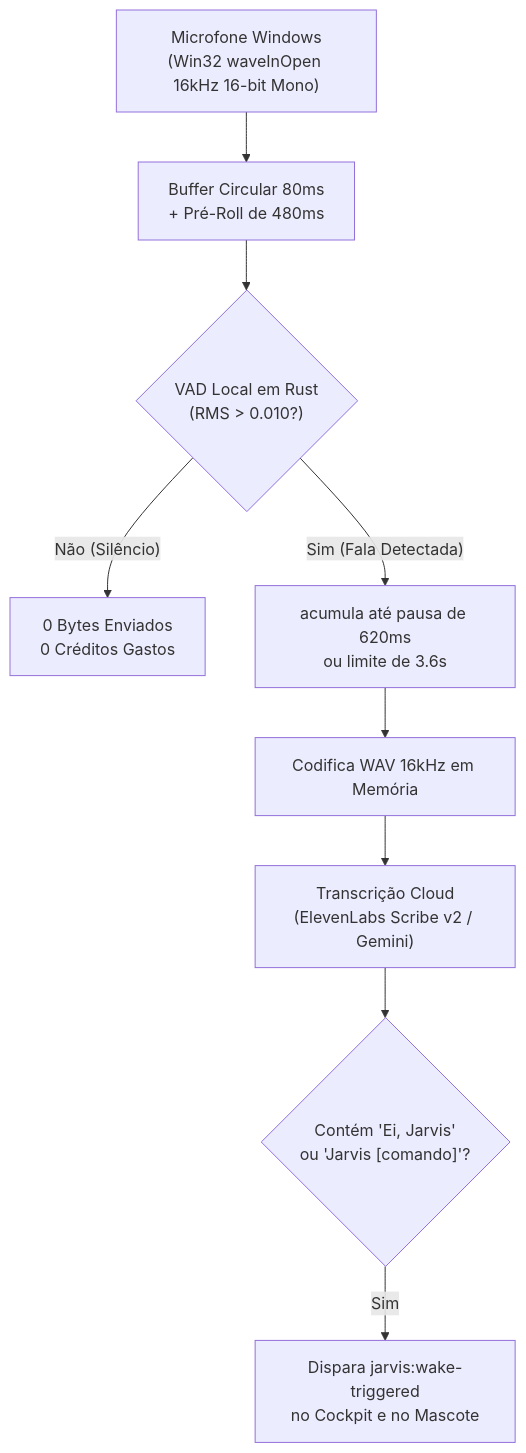
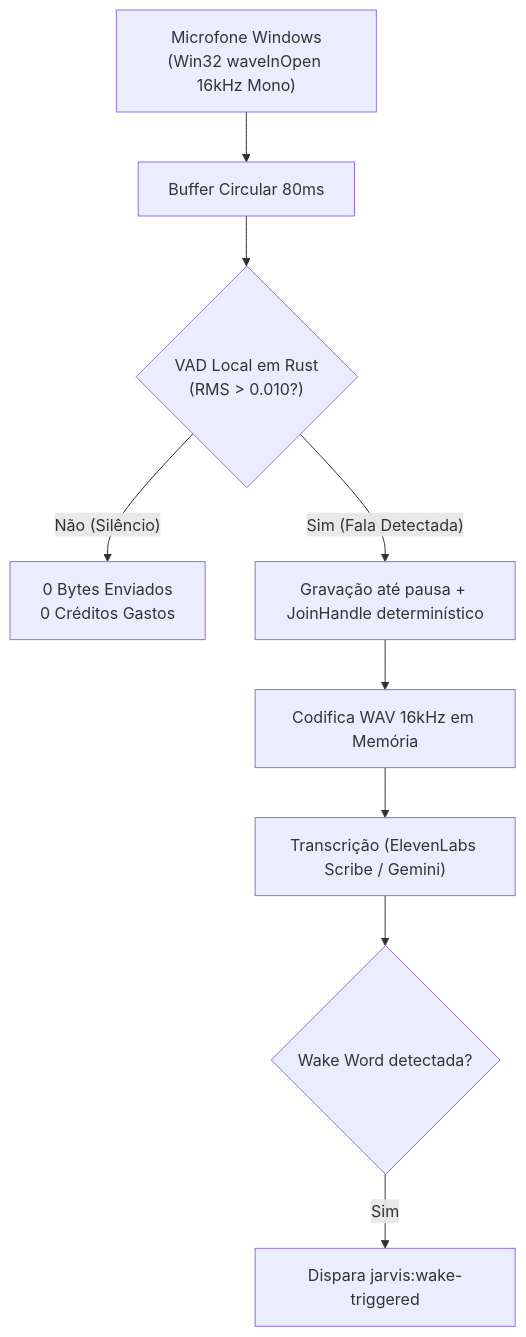
Before and after one commit to k48w/Jarvis: the third of 3 diagrams in docs/ARCHITECTURE.md, drawn with Mermaid. The commit also changed other lines of this file and 27 other files, not shown here.

````diff
--- a/docs/ARCHITECTURE.md
+++ b/docs/ARCHITECTURE.md
@@ -59,11 +64,11 @@
 ```mermaid
 flowchart TD
-  A["Microfone Windows\n(Win32 waveInOpen 16kHz 16-bit Mono)"] --> B["Buffer Circular 80ms\n+ Pré-Roll de 480ms"]
+  A["Microfone Windows\n(Win32 waveInOpen 16kHz Mono)"] --> B["Buffer Circular 80ms"]
   B --> C{"VAD Local em Rust\n(RMS > 0.010?)"}
   C -- "Não (Silêncio)" --> D["0 Bytes Enviados\n0 Créditos Gastos"]
-  C -- "Sim (Fala Detectada)" --> E[" acumula até pausa de 620ms\nou limite de 3.6s "]
+  C -- "Sim (Fala Detectada)" --> E["Gravação até pausa + JoinHandle determinístico"]
   E --> F["Codifica WAV 16kHz em Memória"]
-  F --> G["Transcrição Cloud\n(ElevenLabs Scribe v2 / Gemini)"]
-  G --> H{"Contém 'Ei, Jarvis'\nou 'Jarvis [comando]'?"}
-  H -- "Sim" --> I["Dispara jarvis:wake-triggered\nno Cockpit e no Mascote"]
+  F --> G["Transcrição (ElevenLabs Scribe / Gemini)"]
+  G --> H{"Wake Word detectada?"}
+  H -- "Sim" --> I["Dispara jarvis:wake-triggered"]
 ```
````
